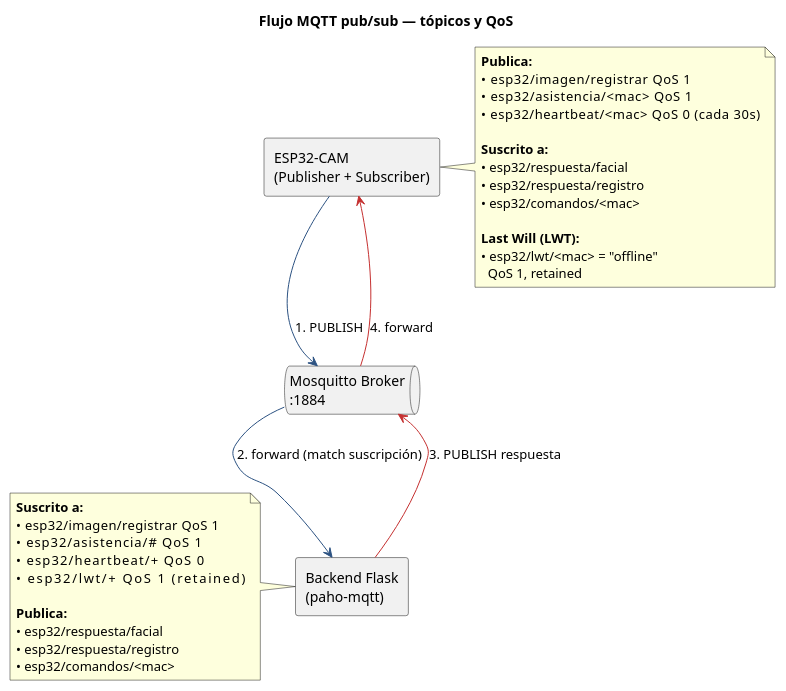
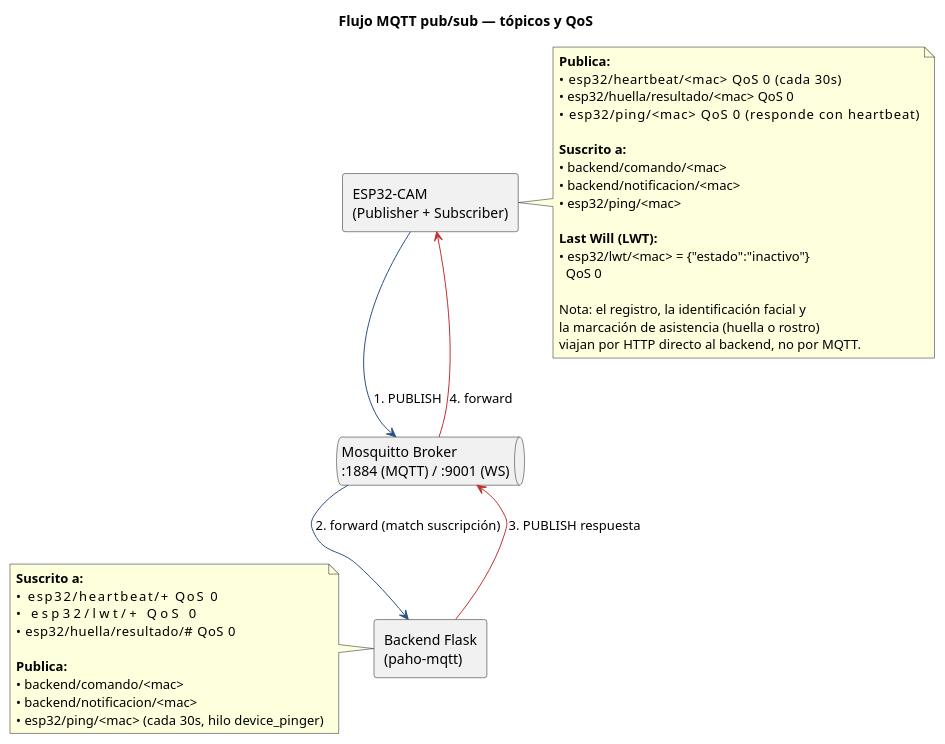
One commit to BorgTb/AsistenciaBackendFinal changed the diagram in Informe/diagrams/06_flujo_mqtt_pub_sub.puml. Above: the diagram before and after it, drawn with PlantUML. The commit also changed 218 other files, not shown here.

```diff
--- a/Informe/diagrams/06_flujo_mqtt_pub_sub.puml
+++ b/Informe/diagrams/06_flujo_mqtt_pub_sub.puml
@@ -1,45 +1,48 @@
 @startuml flujo_mqtt_pub_sub
 title Flujo MQTT pub/sub — tópicos y QoS
 
 skinparam shadowing false
 skinparam componentStyle rectangle
 
 component "ESP32-CAM\n(Publisher + Subscriber)" as ESP
-queue "Mosquitto Broker\n:1884" as Broker
+queue "Mosquitto Broker\n:1884 (MQTT) / :9001 (WS)" as Broker
 component "Backend Flask\n(paho-mqtt)" as BE
 
 note right of ESP
   **Publica:**
-  • esp32/imagen/registrar      QoS 1
-  • esp32/asistencia/<mac>      QoS 1
-  • esp32/heartbeat/<mac>       QoS 0 (cada 30s)
+  • esp32/heartbeat/<mac>        QoS 0 (cada 30s)
+  • esp32/huella/resultado/<mac> QoS 0
+  • esp32/ping/<mac>             QoS 0 (responde con heartbeat)
 
   **Suscrito a:**
-  • esp32/respuesta/facial
-  • esp32/respuesta/registro
-  • esp32/comandos/<mac>
+  • backend/comando/<mac>
+  • backend/notificacion/<mac>
+  • esp32/ping/<mac>
 
   **Last Will (LWT):**
-  • esp32/lwt/<mac> = "offline"
-    QoS 1, retained
+  • esp32/lwt/<mac> = {"estado":"inactivo"}
+    QoS 0
+
+  Nota: el registro, la identificación facial y
+  la marcación de asistencia (huella o rostro)
+  viajan por HTTP directo al backend, no por MQTT.
 end note
 
 note left of BE
   **Suscrito a:**
-  • esp32/imagen/registrar    QoS 1
-  • esp32/asistencia/#        QoS 1
-  • esp32/heartbeat/+         QoS 0
-  • esp32/lwt/+               QoS 1 (retained)
+  • esp32/heartbeat/+             QoS 0
+  • esp32/lwt/+                   QoS 0
+  • esp32/huella/resultado/#      QoS 0
 
   **Publica:**
-  • esp32/respuesta/facial
-  • esp32/respuesta/registro
-  • esp32/comandos/<mac>
+  • backend/comando/<mac>
+  • backend/notificacion/<mac>
+  • esp32/ping/<mac>  (cada 30s, hilo device_pinger)
 end note
 
 ESP    -[#2C5282]->     Broker : "1. PUBLISH"
 Broker -[#2C5282]->     BE     : "2. forward (match suscripción)"
 BE     -[#C53030]up->   Broker : "3. PUBLISH respuesta"
 Broker -[#C53030]up->   ESP    : "4. forward"
 
 @enduml
```
